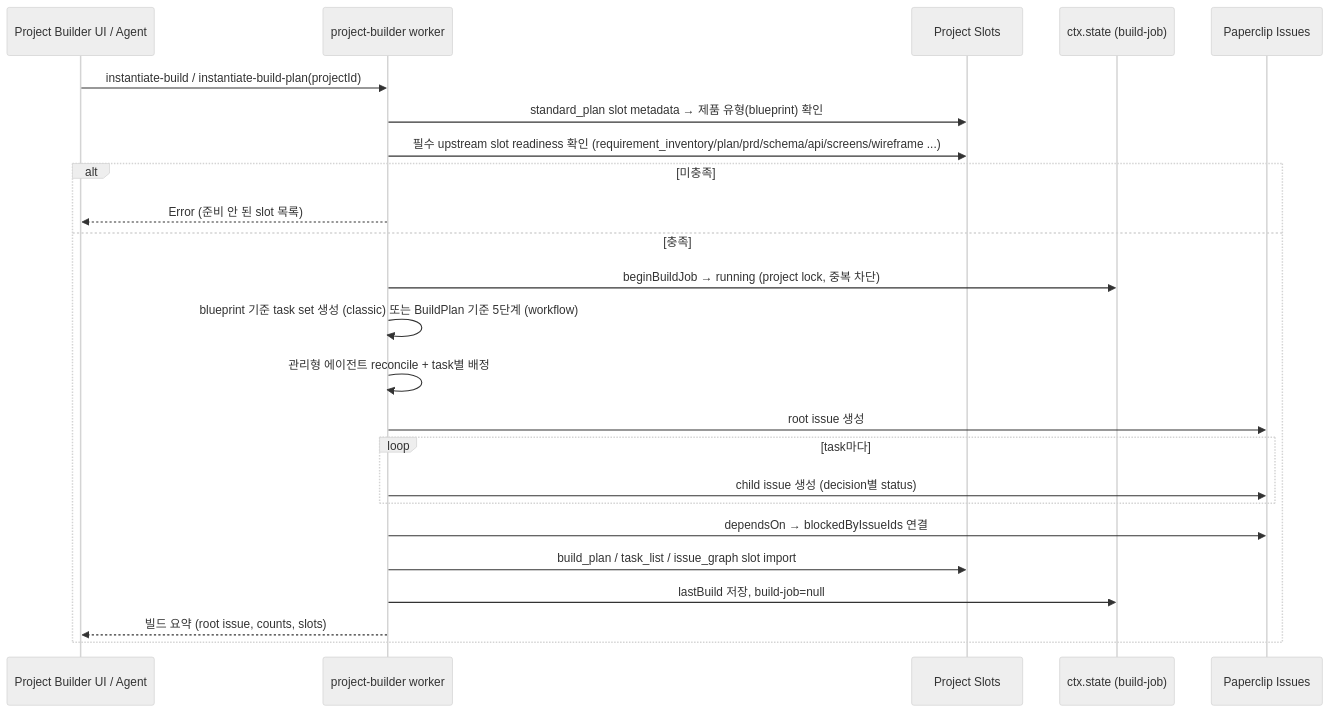
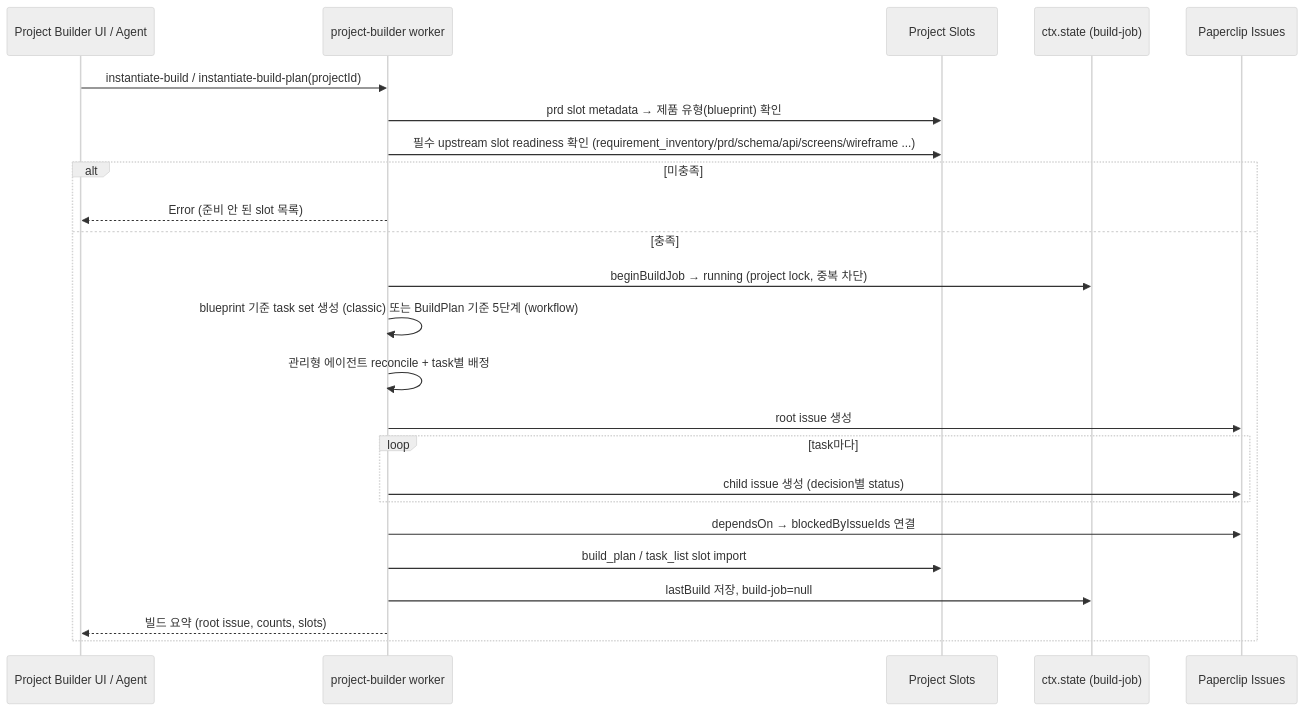
The fifth of 5 diagrams in bbr-plugins/builder/README.md (BBrightcode-atlas/company-os-v2), drawn with Mermaid (neutral theme) before and after one commit. The commit also changed other lines of this file and 17 other files, not shown here.

````diff
--- a/bbr-plugins/builder/README.md
+++ b/bbr-plugins/builder/README.md
@@ -193,27 +193,27 @@
 ```mermaid
 sequenceDiagram
   participant UI as Project Builder UI / Agent
   participant W as project-builder worker
   participant SL as Project Slots
   participant ST as ctx.state (build-job)
   participant IS as Paperclip Issues
 
   UI->>W: instantiate-build / instantiate-build-plan(projectId)
-  W->>SL: standard_plan slot metadata → 제품 유형(blueprint) 확인
-  W->>SL: 필수 upstream slot readiness 확인 (requirement_inventory/plan/prd/schema/api/screens/wireframe ...)
+  W->>SL: prd slot metadata → 제품 유형(blueprint) 확인
+  W->>SL: 필수 upstream slot readiness 확인 (requirement_inventory/prd/schema/api/screens/wireframe ...)
   alt 미충족
     W-->>UI: Error (준비 안 된 slot 목록)
   else 충족
     W->>ST: beginBuildJob → running (project lock, 중복 차단)
     W->>W: blueprint 기준 task set 생성 (classic) 또는 BuildPlan 기준 5단계 (workflow)
     W->>W: 관리형 에이전트 reconcile + task별 배정
     W->>IS: root issue 생성
     loop task마다
       W->>IS: child issue 생성 (decision별 status)
     end
     W->>IS: dependsOn → blockedByIssueIds 연결
-    W->>SL: build_plan / task_list / issue_graph slot import
+    W->>SL: build_plan / task_list slot import
     W->>ST: lastBuild 저장, build-job=null
     W-->>UI: 빌드 요약 (root issue, counts, slots)
   end
 ```
````
